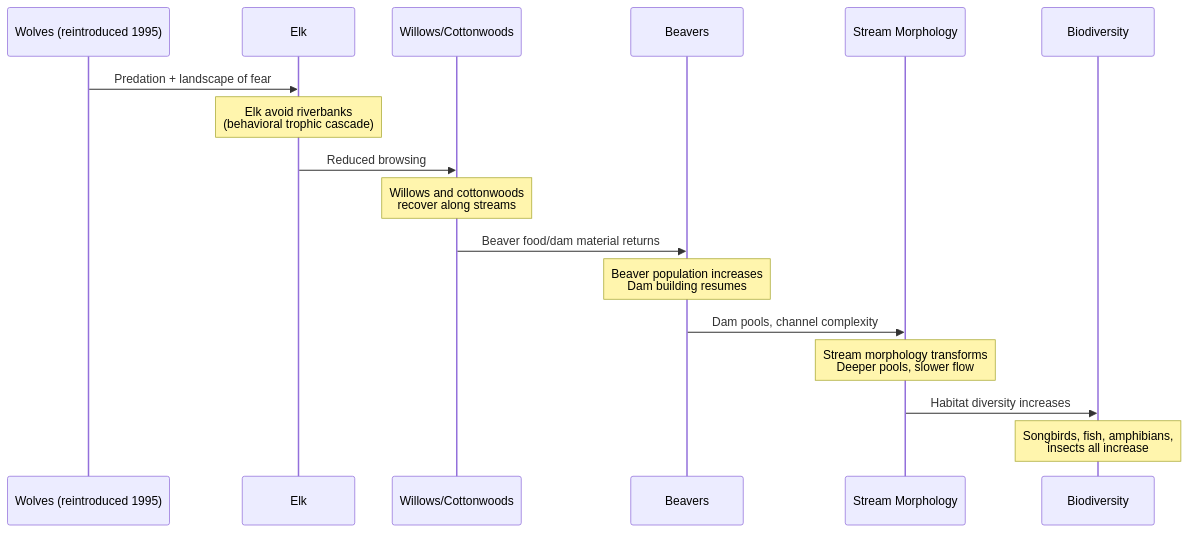
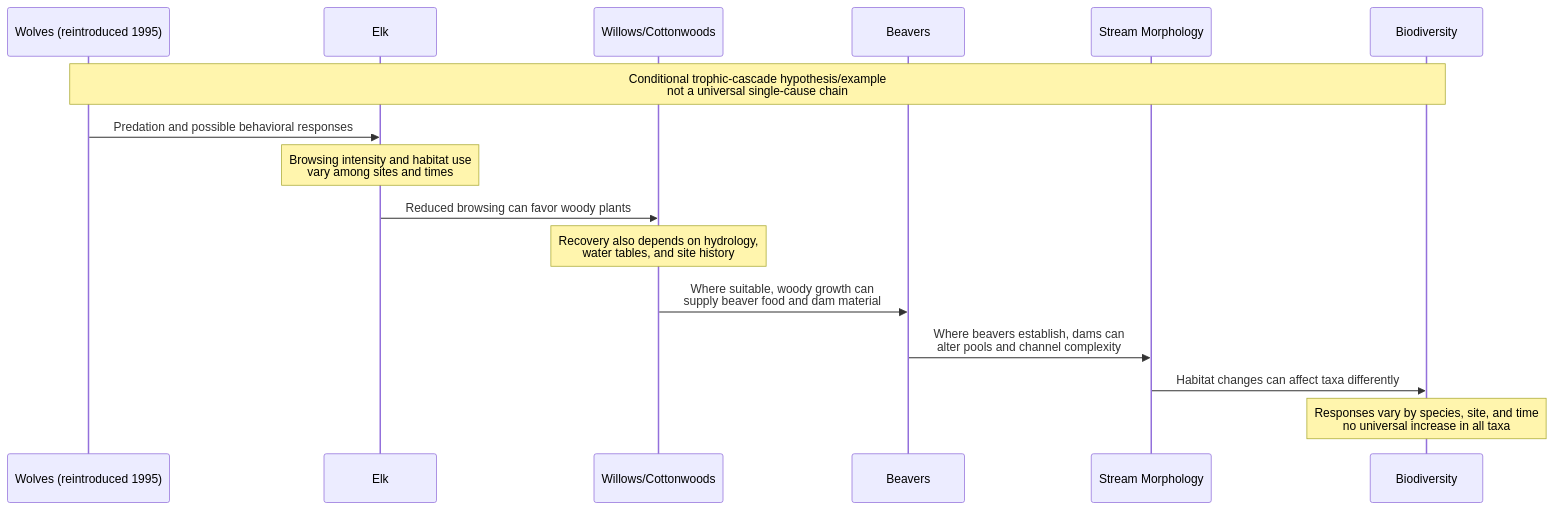
One commit to docxology/biology_textbook changed the second of 3 diagrams in docs/manuscript/unit_X/community_interactions.md. Above: the diagram before and after it, drawn with Mermaid. The commit also changed other lines of this file and 444 other files, not shown here.

````diff
--- a/docs/manuscript/unit_X/community_interactions.md
+++ b/docs/manuscript/unit_X/community_interactions.md
@@ -294,20 +295,19 @@
 ```mermaid
 sequenceDiagram
     participant W as Wolves (reintroduced 1995)
     participant E as Elk
     participant V as Willows/Cottonwoods
     participant B as Beavers
     participant S as Stream Morphology
     participant Bio as Biodiversity
 
-    W->>E: Predation + landscape of fear
-    Note over E: Elk avoid riverbanks<br/>(behavioral trophic cascade)
-    E->>V: Reduced browsing
-    Note over V: Willows and cottonwoods<br/>recover along streams
-    V->>B: Beaver food/dam material returns
-    Note over B: Beaver population increases<br/>Dam building resumes
-    B->>S: Dam pools, channel complexity
-    Note over S: Stream morphology transforms<br/>Deeper pools, slower flow
-    S->>Bio: Habitat diversity increases
-    Note over Bio: Songbirds, fish, amphibians,<br/>insects all increase
+    Note over W,Bio: Conditional trophic-cascade hypothesis/example<br/>not a universal single-cause chain
+    W->>E: Predation and possible behavioral responses
+    Note over E: Browsing intensity and habitat use<br/>vary among sites and times
+    E->>V: Reduced browsing can favor woody plants
+    Note over V: Recovery also depends on hydrology,<br/>water tables, and site history
+    V->>B: Where suitable, woody growth can<br/>supply beaver food and dam material
+    B->>S: Where beavers establish, dams can<br/>alter pools and channel complexity
+    S->>Bio: Habitat changes can affect taxa differently
+    Note over Bio: Responses vary by species, site, and time<br/>no universal increase in all taxa
 ```
````
